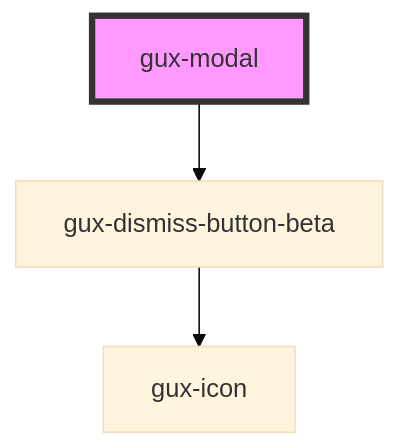
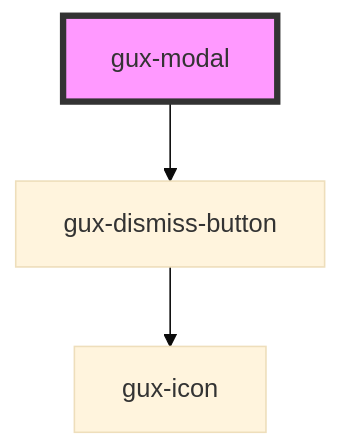
The diagram in src/components/stable/gux-modal/readme.md (MyPureCloud/genesys-spark), drawn with Mermaid (base theme) before and after one commit. The commit also changed other lines of this file and 272 other files, not shown here.

````diff
--- a/src/components/stable/gux-modal/readme.md
+++ b/src/components/stable/gux-modal/readme.md
@@ -41,6 +41,6 @@
 ```mermaid
 graph TD;
-  gux-modal --> gux-dismiss-button-beta
-  gux-dismiss-button-beta --> gux-icon
+  gux-modal --> gux-dismiss-button
+  gux-dismiss-button --> gux-icon
   style gux-modal fill:#f9f,stroke:#333,stroke-width:4px
 ```
````
